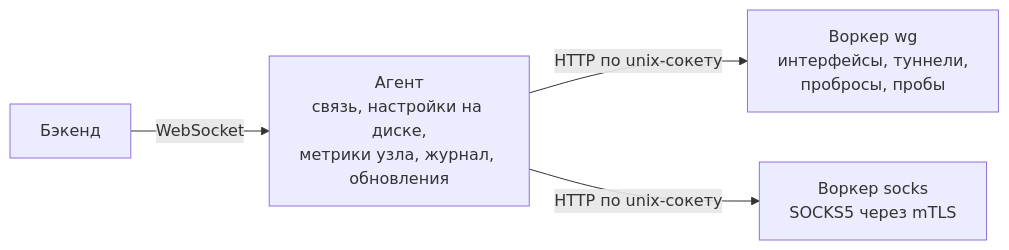
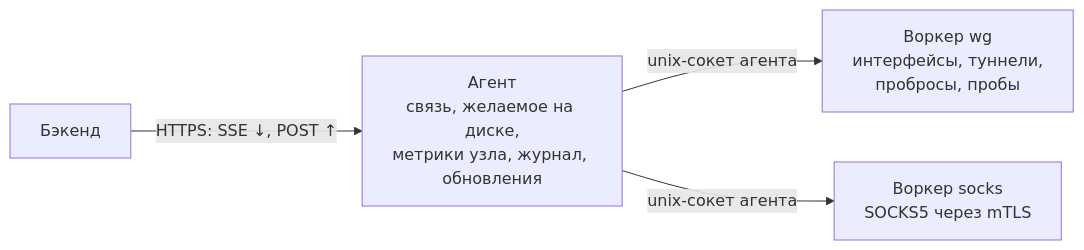
One commit to epifanovmd/wg-admin-api changed the fourth of 9 diagrams in docs/WIREGUARD.md. Above: the diagram before and after it, drawn with Mermaid. The commit also changed other lines of this file and 206 other files, not shown here.

````diff
--- a/docs/WIREGUARD.md
+++ b/docs/WIREGUARD.md
@@ -174,6 +174,6 @@
 ```mermaid
 flowchart LR
-  API["Бэкенд"] -- "WebSocket" --> AG["Агент<br/>связь, настройки на диске,<br/>метрики узла, журнал, обновления"]
-  AG -- "HTTP по unix-сокету" --> WG["Воркер wg<br/>интерфейсы, туннели,<br/>пробросы, пробы"]
-  AG -- "HTTP по unix-сокету" --> SOCKS["Воркер socks<br/>SOCKS5 через mTLS"]
+  API["Бэкенд"] -- "HTTPS: SSE ↓, POST ↑" --> AG["Агент<br/>связь, желаемое на диске,<br/>метрики узла, журнал, обновления"]
+  AG -- "unix-сокет агента" --> WG["Воркер wg<br/>интерфейсы, туннели,<br/>пробросы, пробы"]
+  AG -- "unix-сокет агента" --> SOCKS["Воркер socks<br/>SOCKS5 через mTLS"]
 ```
````
